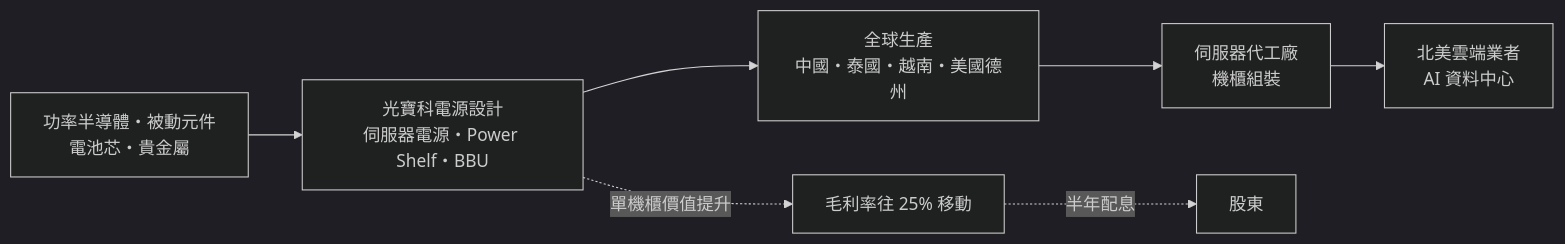
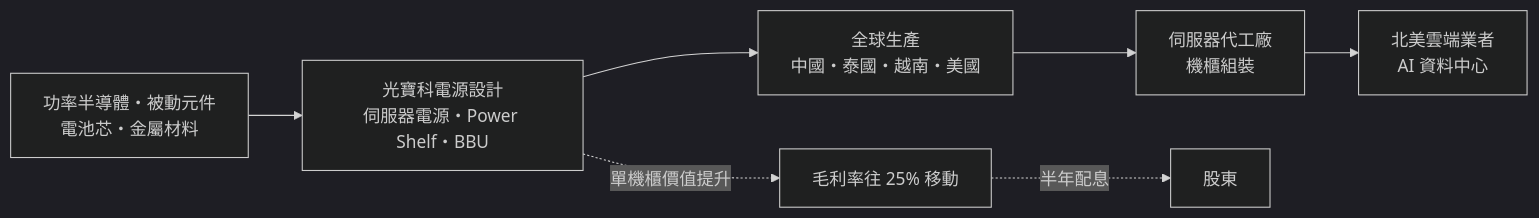
The second of 4 diagrams in 個股/台股/2301光寶科.md (wangnick1004/taiwan-stock-vault), drawn with Mermaid (dark theme) before and after one commit. The commit also changed other lines of this file and 5 other files, not shown here.

````diff
--- a/個股/台股/2301光寶科.md
+++ b/個股/台股/2301光寶科.md
@@ -74,9 +67,9 @@
 ```mermaid
 flowchart LR
-    A[功率半導體・被動元件<br/>電池芯・貴金屬] --> B[光寶科電源設計<br/>伺服器電源・Power Shelf・BBU]
-    B --> C[全球生產<br/>中國・泰國・越南・美國德州]
-    C --> D[伺服器代工廠<br/>機櫃組裝]
-    D --> E[北美雲端業者<br/>AI 資料中心]
+    A["功率半導體・被動元件<br/>電池芯・金屬材料"] --> B["光寶科電源設計<br/>伺服器電源・Power Shelf・BBU"]
+    B --> C["全球生產<br/>中國・泰國・越南・美國"]
+    C --> D["伺服器代工廠<br/>機櫃組裝"]
+    D --> E["北美雲端業者<br/>AI 資料中心"]
     B -. 單機櫃價值提升 .-> F[毛利率往 25% 移動]
     F -. 半年配息 .-> G[股東]
 ```
````
